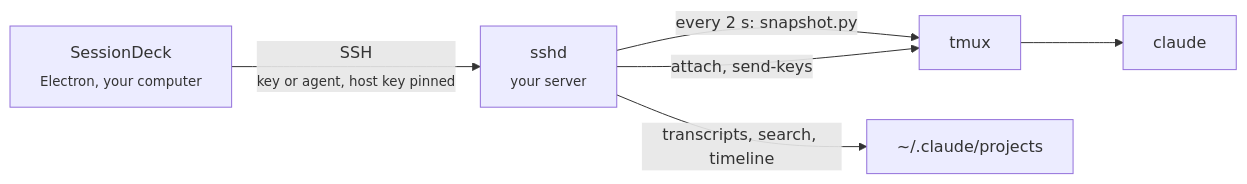
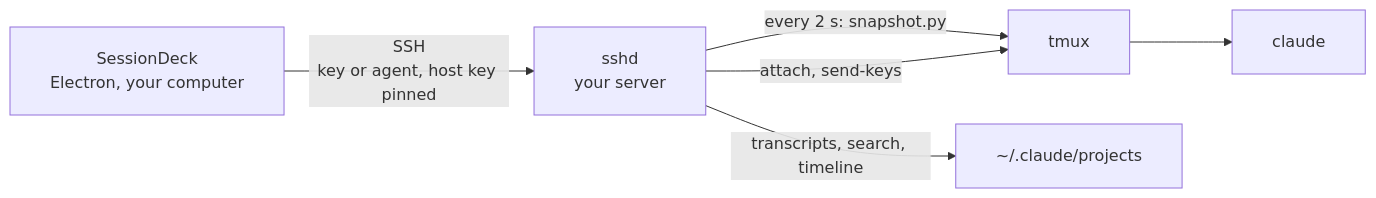
The diagram in README.md (crizex/sessiondeck-desktop), drawn with Mermaid before and after one commit. The commit also changed other lines of this file and 8 other files, not shown here.

Commit message:
SessionDeck Desktop 1.2.2: Ask to commit in the diff view

````diff
--- a/README.md
+++ b/README.md
@@ -69,8 +69,9 @@
 ```mermaid
+%%{init: {"flowchart": {"padding": 20}}}%%
 flowchart LR
-    D[SessionDeck<br><sub>Electron, your computer</sub>] -- "SSH<br><sub>key or agent, host key pinned</sub>" --> S[sshd<br><sub>your server</sub>]
+    D["SessionDeck<br>Electron, your computer"] -- "SSH<br>key or agent, host key pinned" --> S["sshd<br>your server"]
     S -- "every 2 s: snapshot.py" --> T[tmux]
     S -- "attach, send-keys" --> T
     T --> C[claude]
     S -- "transcripts, search, timeline" --> J[~/.claude/projects]
 ```
````
